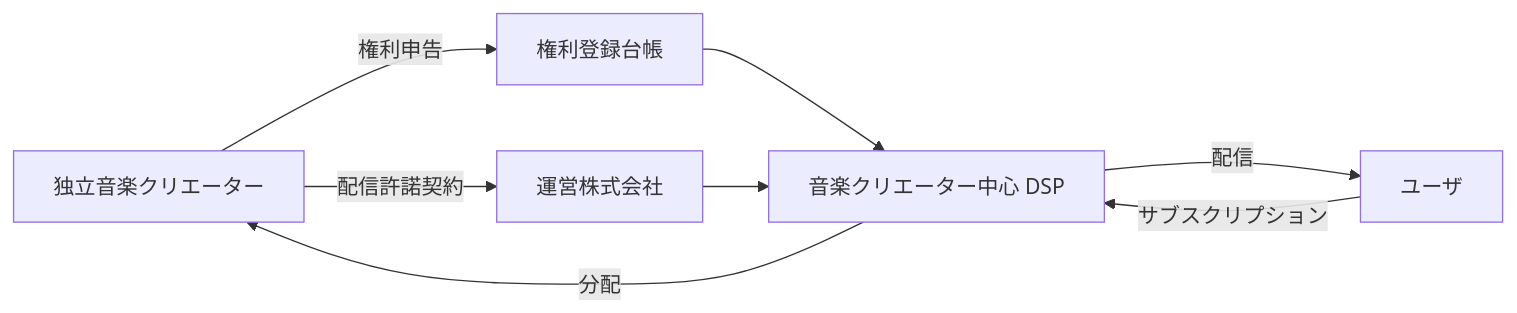
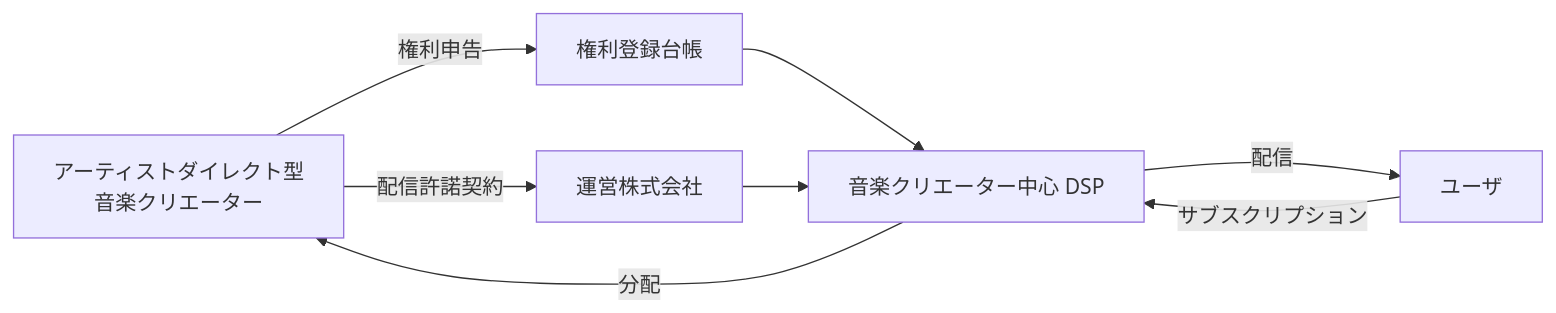
The sixth of 17 diagrams in docs/whitepaper/03-rights-and-money.md (ShigeichiroYamasaki/creator-first-platform), drawn with Mermaid before and after one commit. The commit also changed other lines of this file and 13 other files, not shown here.

````diff
--- a/docs/whitepaper/03-rights-and-money.md
+++ b/docs/whitepaper/03-rights-and-money.md
@@ -153,11 +171,11 @@
 ```mermaid
 flowchart LR
-    C[独立音楽クリエーター]
+    C[アーティストダイレクト型<br/>音楽クリエーター]
     C -->|権利申告| REG[権利登録台帳]
     C -->|配信許諾契約| CORP[運営株式会社]
     REG --> DSP[音楽クリエーター中心 DSP]
     CORP --> DSP
     DSP -->|配信| U[ユーザ]
     U -->|サブスクリプション| DSP
     DSP -->|分配| C
 ```
````
